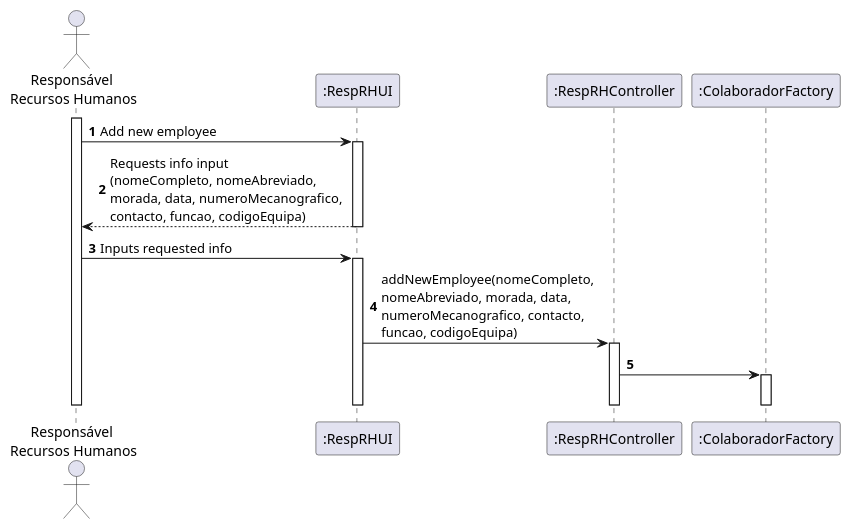
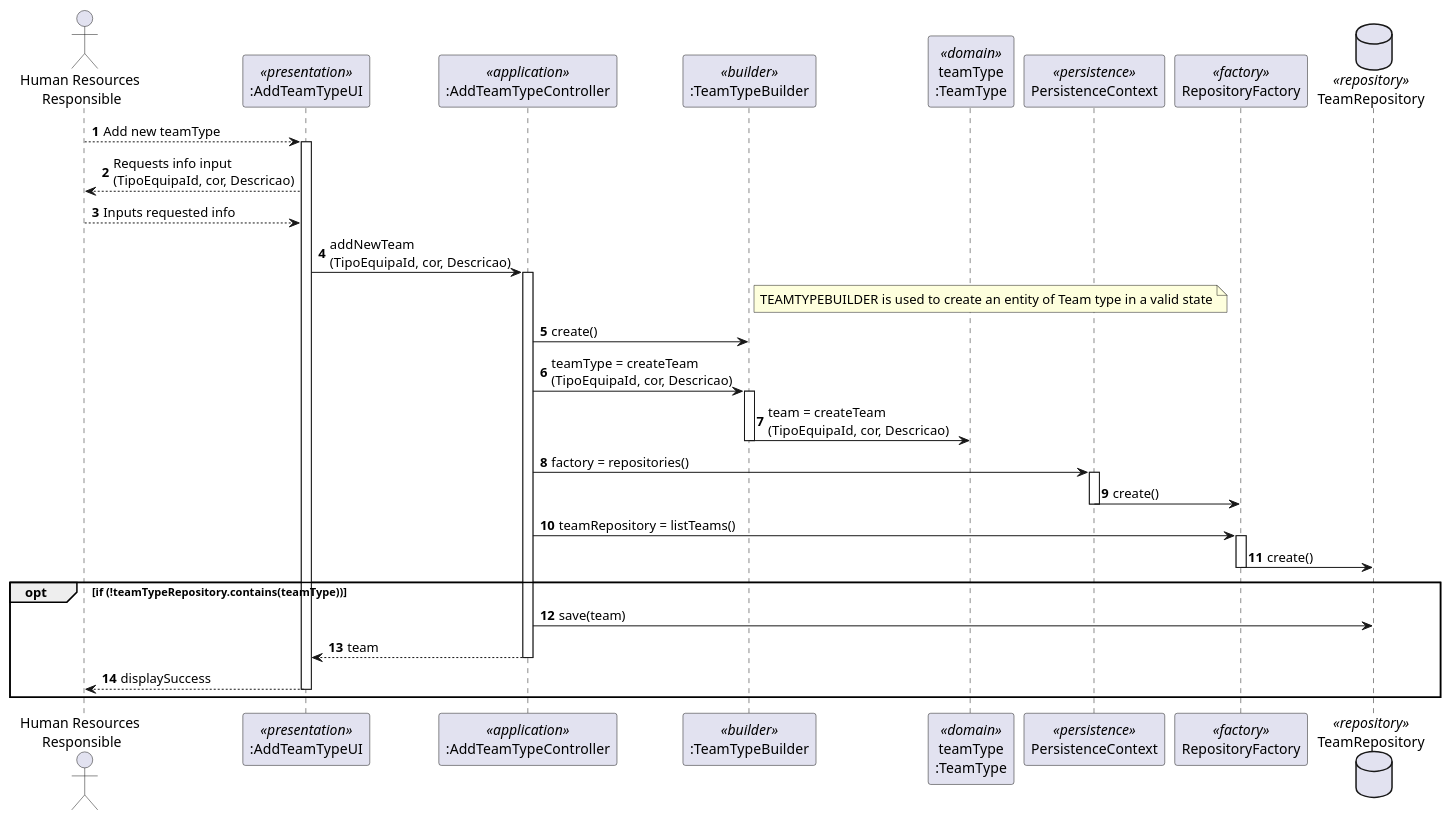
Before and after one commit to Joao-PP-Alves/isep-lapr4: the diagram in docs/1191513/US2054/SD_US2054.puml, drawn with PlantUML. The commit also changed 3 other files, not shown here.

```diff
--- a/docs/1191513/US2054/SD_US2054.puml
+++ b/docs/1191513/US2054/SD_US2054.puml
@@ -1,32 +1,51 @@
 @startuml
 autonumber
 
-actor "Responsável \nRecursos Humanos" as RRH
-participant ":RespRHUI" as RRHUI
-participant ":RespRHController" as RRHCTRL
-participant ":ColaboradorFactory" as COLABFACTORY
-
-activate RRH
-RRH -> RRHUI : Add new employee
-activate RRHUI
-RRHUI --> RRH : Requests info input \n(nomeCompleto, nomeAbreviado, \nmorada, data, numeroMecanografico, \ncontacto, funcao, codigoEquipa)
-deactivate RRHUI
-
-RRH -> RRHUI : Inputs requested info
-activate RRHUI
-RRHUI -> RRHCTRL : addNewEmployee(nomeCompleto, \nnomeAbreviado, morada, data, \nnumeroMecanografico, contacto, \nfuncao, codigoEquipa)
-activate RRHCTRL
-RRHCTRL -> COLABFACTORY
-activate COLABFACTORY
-
-deactivate COLABFACTORY
-
-deactivate RRHCTRL
+actor "Human Resources \nResponsible" as HRR
+participant ":AddTeamTypeUI" as ADDTEAMTYPEUI <<presentation>>
+participant ":AddTeamTypeController" as ADDTEAMTYPECTRL <<application>>
+participant ":TeamTypeBuilder" as TEAMTYPEBUILDER <<builder>>
+participant "teamType\n:TeamType" as TEAMTYPE <<domain>>
+participant PersistenceContext as Persistence <<persistence>>
+participant RepositoryFactory as Factory <<factory>>
+database TeamRepository as Repository <<repository>>
 
 
-deactivate RRHUI
-deactivate RRH
+HRR --> ADDTEAMTYPEUI : Add new teamType
+activate ADDTEAMTYPEUI
+ADDTEAMTYPEUI --> HRR : Requests info input \n(TipoEquipaId, cor, Descricao)
 
+HRR --> ADDTEAMTYPEUI : Inputs requested info
 
+ADDTEAMTYPEUI -> ADDTEAMTYPECTRL : addNewTeam\n(TipoEquipaId, cor, Descricao)
+note right of TEAMTYPEBUILDER:TEAMTYPEBUILDER is used to create an entity of Team type in a valid state
+activate ADDTEAMTYPECTRL
+ADDTEAMTYPECTRL -> TEAMTYPEBUILDER : create()
+ADDTEAMTYPECTRL -> TEAMTYPEBUILDER : teamType = createTeam\n(TipoEquipaId, cor, Descricao)
+
+activate TEAMTYPEBUILDER
+TEAMTYPEBUILDER -> TEAMTYPE : team = createTeam\n(TipoEquipaId, cor, Descricao)
+deactivate TEAMTYPEBUILDER
+
+ADDTEAMTYPECTRL -> Persistence : factory = repositories()
+activate Persistence
+Persistence -> Factory : create()
+deactivate Persistence
+
+ADDTEAMTYPECTRL -> Factory : teamRepository = listTeams()
+activate Factory
+Factory -> Repository : create()
+deactivate Factory
+
+opt if (!teamTypeRepository.contains(teamType))
+ADDTEAMTYPECTRL -> Repository : save(team)
+
+ADDTEAMTYPECTRL --> ADDTEAMTYPEUI : team
+deactivate TEAMTYPEBUILDER
+deactivate ADDTEAMTYPECTRL
+
+ADDTEAMTYPEUI --> HRR : displaySuccess
+deactivate ADDTEAMTYPEUI
+end opt
 
 @enduml
```
